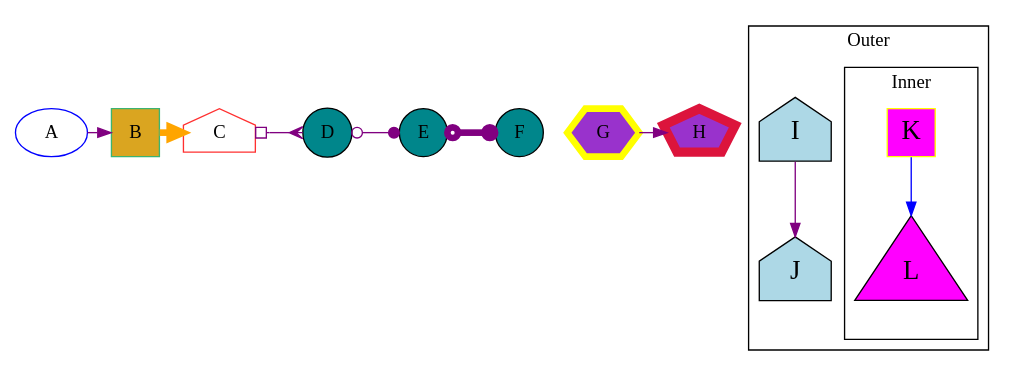
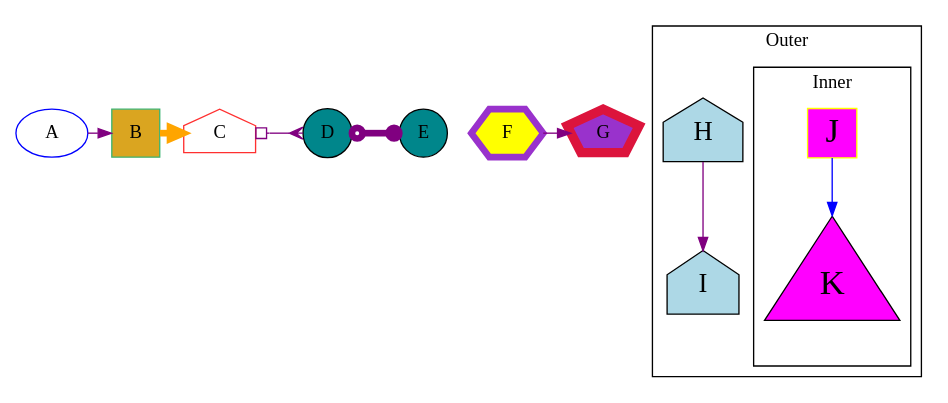
Before and after one commit to graphviz-perl/GraphViz2-Marpa: the diagram in data/55.gv, drawn with Graphviz. The commit also changed 4 other files, not shown here.

```diff
--- a/data/55.gv
+++ b/data/55.gv
@@ -1,47 +1,46 @@
 strict digraph graph_55
 {
 	A [color = blue]
 
 	node [shape = house]
 	edge [color = purple]
 
 	{
 		rank = same
 		C
 		node [fillcolor = goldenrod shape = circle style = filled]
 		A -> B
 		B [color = mediumseagreen]
 		C [color = firebrick1]
 		B -> C [color = orange penwidth = 5]
 		node [fillcolor = turquoise4]
 		C -> D [arrowtail = obox arrowhead = crow dir = both minlen = 2]
-		D -> E [arrowtail = odot arrowhead = dot dir = both minlen = 2]
-		E -> F [arrowtail = odot arrowhead = dot dir = both minlen = 2 penwidth = 5]
+		D -> E [arrowtail = odot arrowhead = dot dir = both minlen = 2 penwidth = 5]
 		{
 			node [fillcolor = darkorchid shape = pentagon]
-			G [color = yellow penwidth = 5 shape = hexagon]
-			H [color = crimson penwidth = 7]
-			G -> H
+			F [color = darkorchid fillcolor = yellow penwidth = 5 shape = hexagon]
+			G [color = crimson penwidth = 7]
+			F -> G
 		}
 	}
 
 	B [shape = square]
 
 	node [fillcolor = lightblue fontsize = 20 style = filled]
 
 	subgraph cluster_outer
 	{
 		label = Outer
-		I -> J
+		H -> I
 
 		subgraph cluster_inner
 		{
 			label = Inner
-			node [fillcolor = magenta shape = triangle]
+			node [fillcolor = magenta fontsize = 26 shape = triangle]
 			edge [color = blue]
-			K [color = yellow shape = square]
-			K -> L
+			J [color = yellow shape = square]
+			J -> K
 		}
 	}
 	graph [rankdir = TB]
 }
```
